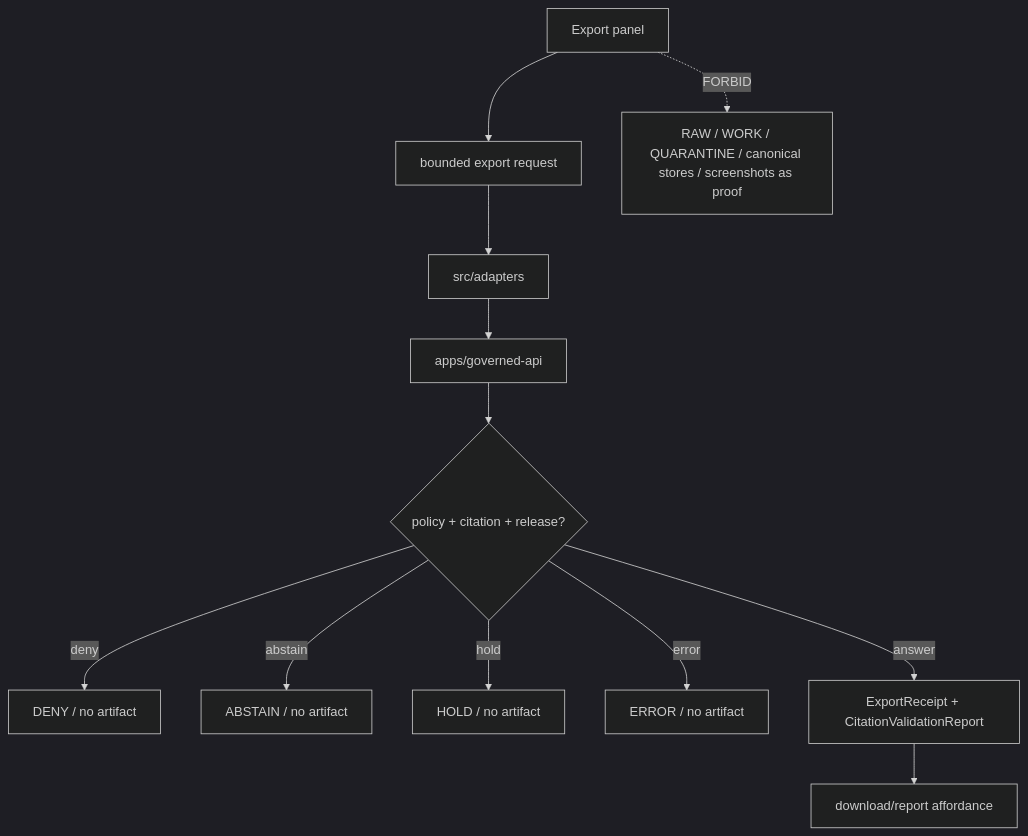
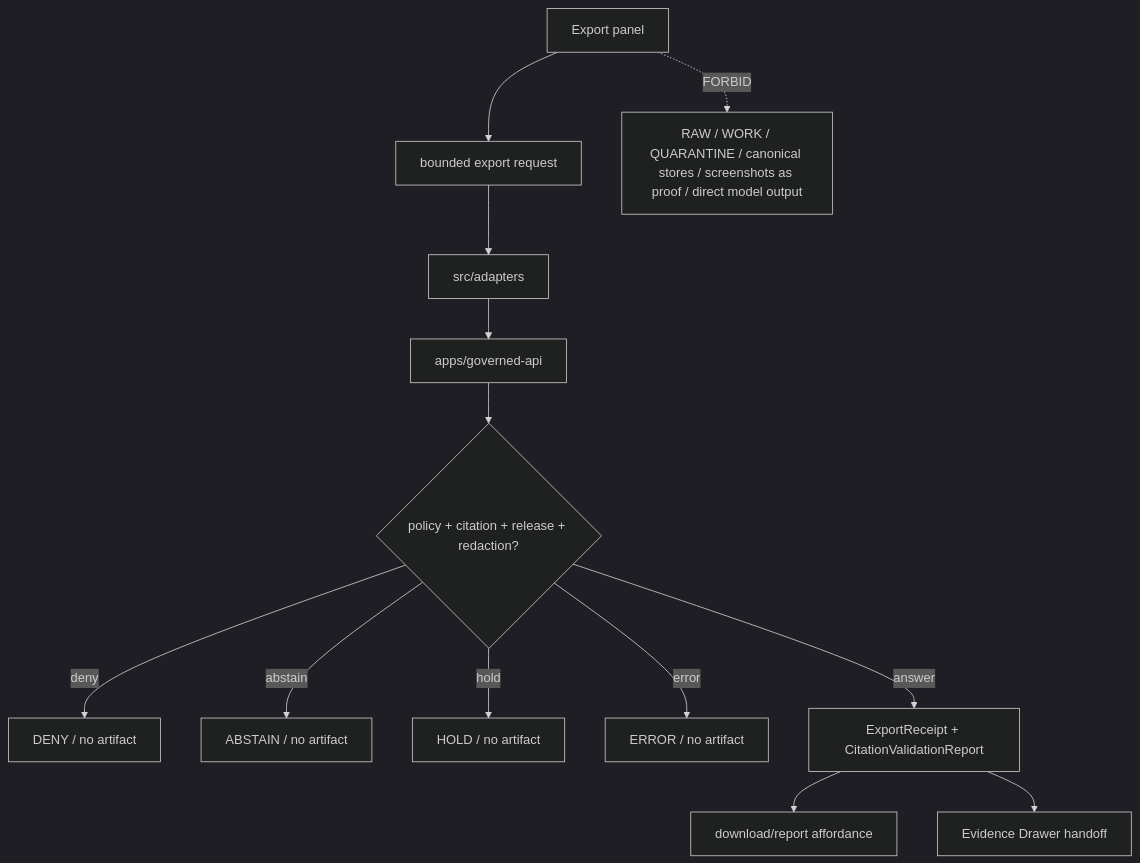
The diagram in apps/explorer-web/src/features/export/README.md (bartytime4life/Kansas-Frontier-Matrix), drawn with Mermaid (dark theme) before and after one commit. The commit also changed other lines of this file, not shown here.

````diff
--- a/apps/explorer-web/src/features/export/README.md
+++ b/apps/explorer-web/src/features/export/README.md
@@ -218,14 +268,15 @@
 ```mermaid
 flowchart TD
     panel["Export panel"] --> req["bounded export request"]
     req --> adapters["src/adapters"]
     adapters --> api["apps/governed-api"]
-    api --> policy{"policy + citation + release?"}
+    api --> policy{"policy + citation + release + redaction?"}
     policy -->|deny| deny["DENY / no artifact"]
     policy -->|abstain| abstain["ABSTAIN / no artifact"]
     policy -->|hold| hold["HOLD / no artifact"]
     policy -->|error| error["ERROR / no artifact"]
     policy -->|answer| receipt["ExportReceipt + CitationValidationReport"]
     receipt --> download["download/report affordance"]
-    panel -. FORBID .-> raw["RAW / WORK / QUARANTINE / canonical stores / screenshots as proof"]
+    receipt --> evidence["Evidence Drawer handoff"]
+    panel -. FORBID .-> raw["RAW / WORK / QUARANTINE / canonical stores / screenshots as proof / direct model output"]
 ```
````
